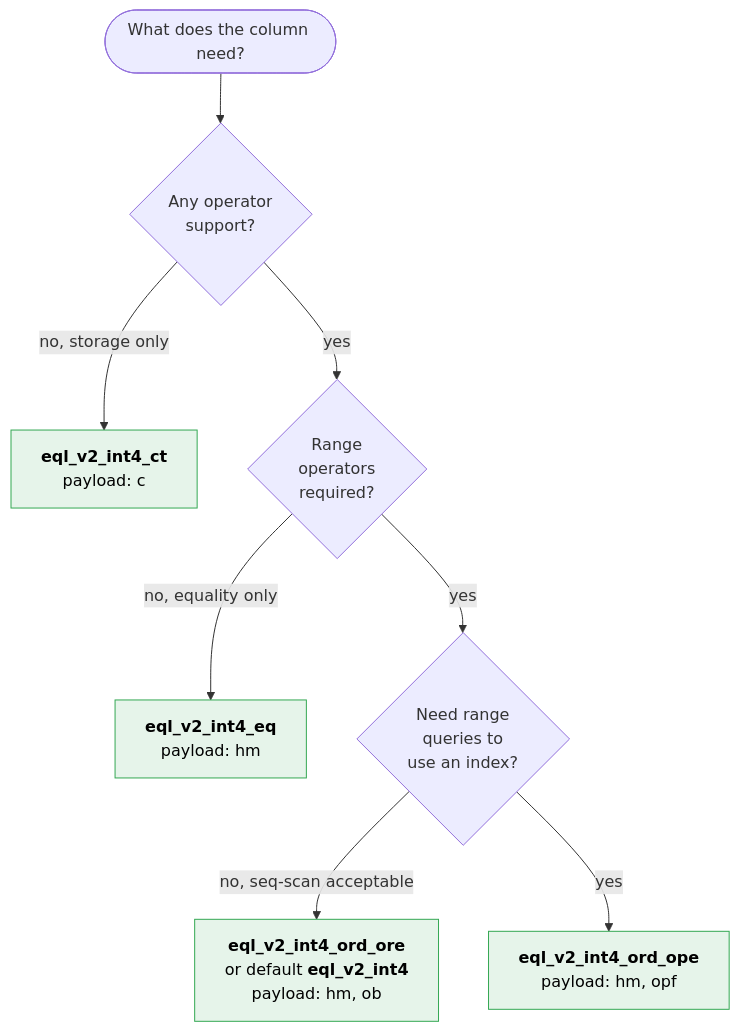
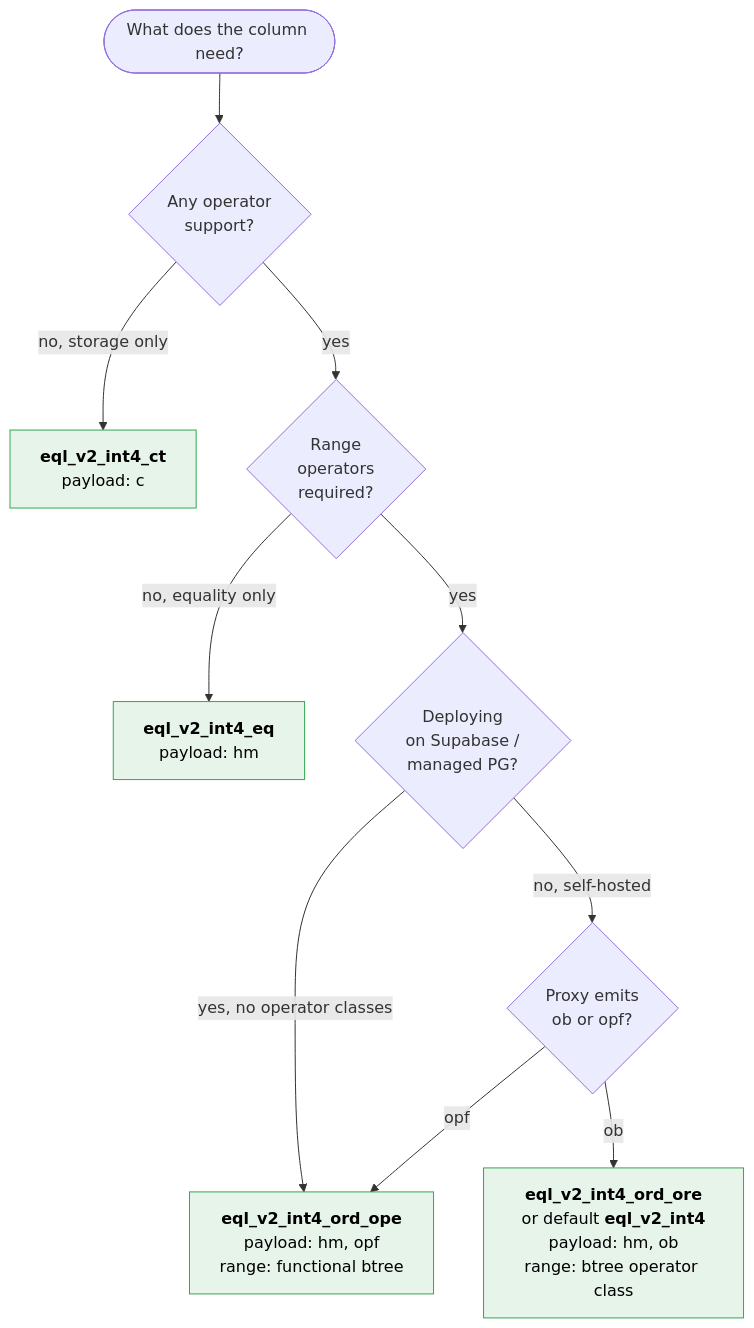
The first of 4 diagrams in docs/reference/encrypted-int4-walkthrough.md (cipherstash/encrypt-query-language), drawn with Mermaid before and after one commit. The commit also changed other lines of this file and 11 other files, not shown here.

````diff
--- a/docs/reference/encrypted-int4-walkthrough.md
+++ b/docs/reference/encrypted-int4-walkthrough.md
@@ -56,14 +56,16 @@
 ```mermaid
 flowchart TD
   start([What does the column need?])
   start --> ops{Any operator<br/>support?}
   ops -- no, storage only --> ct[<b>eql_v2_int4_ct</b><br/>payload: c]
   ops -- yes --> rng{Range<br/>operators<br/>required?}
   rng -- no, equality only --> eq[<b>eql_v2_int4_eq</b><br/>payload: hm]
-  rng -- yes --> idx{Need range<br/>queries to<br/>use an index?}
-  idx -- no, seq-scan acceptable --> ore[<b>eql_v2_int4_ord_ore</b><br/>or default <b>eql_v2_int4</b><br/>payload: hm, ob]
-  idx -- yes --> ope[<b>eql_v2_int4_ord_ope</b><br/>payload: hm, opf]
+  rng -- yes --> sb{Deploying<br/>on Supabase /<br/>managed PG?}
+  sb -- yes, no operator classes --> ope[<b>eql_v2_int4_ord_ope</b><br/>payload: hm, opf<br/>range: functional btree]
+  sb -- no, self-hosted --> shape{Proxy emits<br/>ob or opf?}
+  shape -- ob --> ore[<b>eql_v2_int4_ord_ore</b><br/>or default <b>eql_v2_int4</b><br/>payload: hm, ob<br/>range: btree operator class]
+  shape -- opf --> ope
 
   classDef pick fill:#e6f4ea,stroke:#34a853,color:#000;
   class ct,eq,ore,ope pick;
 ```
````
